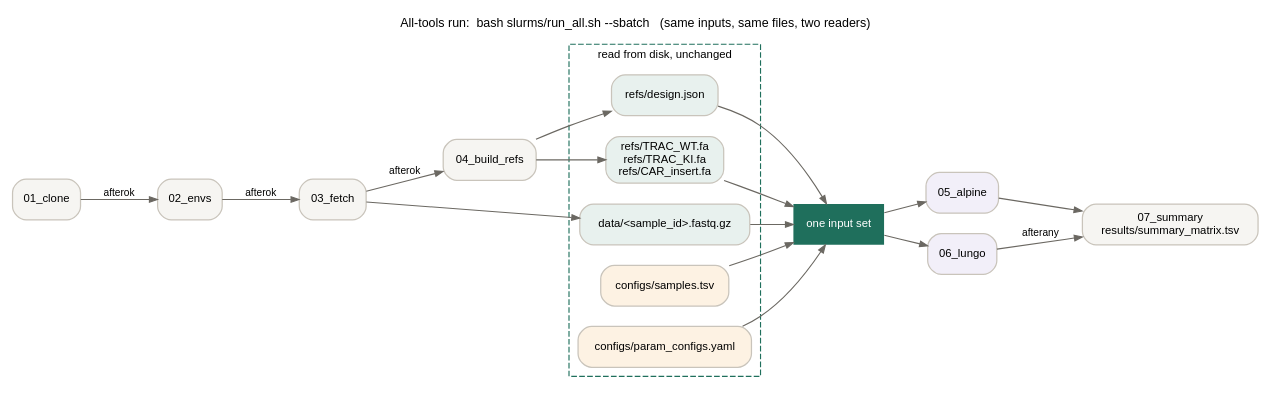
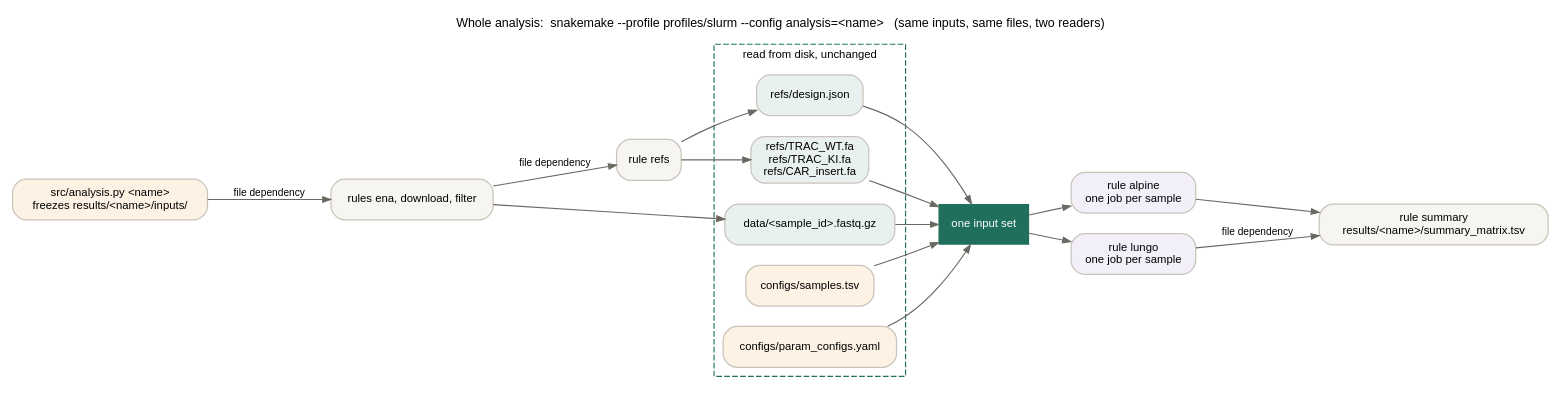
Before and after one commit to ssenci97/ONT-CRISPR-knock-in: the diagram in docs/diagrams/03_all_tools.dot, drawn with Graphviz. The commit also changed 52 other files, not shown here.

```diff
--- a/docs/diagrams/03_all_tools.dot
+++ b/docs/diagrams/03_all_tools.dot
@@ -1,32 +1,31 @@
 digraph all_tools {
   graph [rankdir=LR, bgcolor="white", fontname="Helvetica", fontsize=11, labelloc=t,
-         label="All-tools run:  bash slurms/run_all.sh --sbatch   (same inputs, same files, two readers)"];
+         label="Whole analysis:  snakemake --profile profiles/slurm --config analysis=<name>   (same inputs, same files, two readers)"];
   node [fontname="Helvetica", fontsize=10, shape=box, style="rounded,filled", color="#c9c4bb", penwidth=1.1];
   edge [color="#6b6862", arrowsize=0.7];
 
-  c1 [label="01_clone", fillcolor="#f6f5f2"];
-  c2 [label="02_envs", fillcolor="#f6f5f2"];
-  c3 [label="03_fetch", fillcolor="#f6f5f2"];
-  c4 [label="04_build_refs", fillcolor="#f6f5f2"];
-  c1 -> c2 -> c3 -> c4 [label="afterok", fontsize=9, fontname="Helvetica"];
+  c1 [label="src/analysis.py <name>\nfreezes results/<name>/inputs/", fillcolor="#fdf2e3"];
+  c3 [label="rules ena, download, filter", fillcolor="#f6f5f2"];
+  c4 [label="rule refs", fillcolor="#f6f5f2"];
+  c1 -> c3 -> c4 [label="file dependency", fontsize=9, fontname="Helvetica"];
 
   subgraph cluster_in {
     label="read from disk, unchanged"; fontname="Helvetica"; fontsize=10; color="#1f6f5c"; style=dashed;
     fastq  [label="data/<sample_id>.fastq.gz", fillcolor="#e8f1ee"];
     refs   [label="refs/TRAC_WT.fa\nrefs/TRAC_KI.fa\nrefs/CAR_insert.fa", fillcolor="#e8f1ee"];
     design [label="refs/design.json", fillcolor="#e8f1ee"];
     sheet  [label="configs/samples.tsv", fillcolor="#fdf2e3"];
     yaml   [label="configs/param_configs.yaml", fillcolor="#fdf2e3"];
   }
   c3 -> fastq; c4 -> refs; c4 -> design;
 
   contract [label="one input set", shape=box, style=filled, fillcolor="#1f6f5c", fontcolor="white", penwidth=0];
   fastq -> contract; refs -> contract; design -> contract; sheet -> contract; yaml -> contract;
 
-  a [label="05_alpine", fillcolor="#f2eff9"];
-  l [label="06_lungo", fillcolor="#f2eff9"];
+  a [label="rule alpine\none job per sample", fillcolor="#f2eff9"];
+  l [label="rule lungo\none job per sample", fillcolor="#f2eff9"];
   contract -> a; contract -> l;
 
-  s [label="07_summary\nresults/summary_matrix.tsv", fillcolor="#f6f5f2"];
-  a -> s; l -> s [label="afterany", fontsize=9, fontname="Helvetica"];
+  s [label="rule summary\nresults/<name>/summary_matrix.tsv", fillcolor="#f6f5f2"];
+  a -> s; l -> s [label="file dependency", fontsize=9, fontname="Helvetica"];
 }
```
